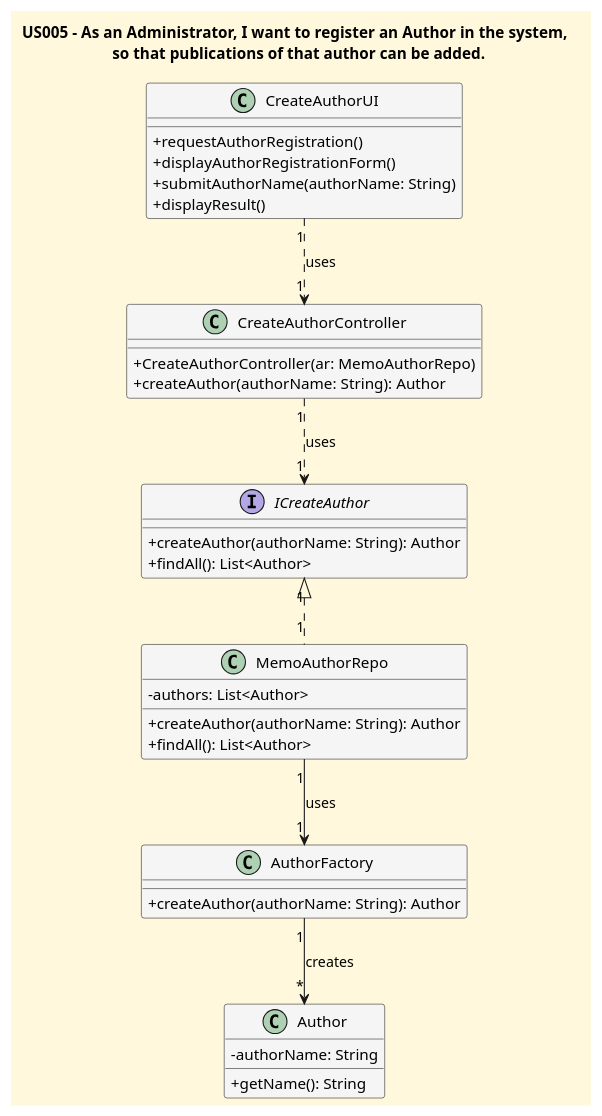
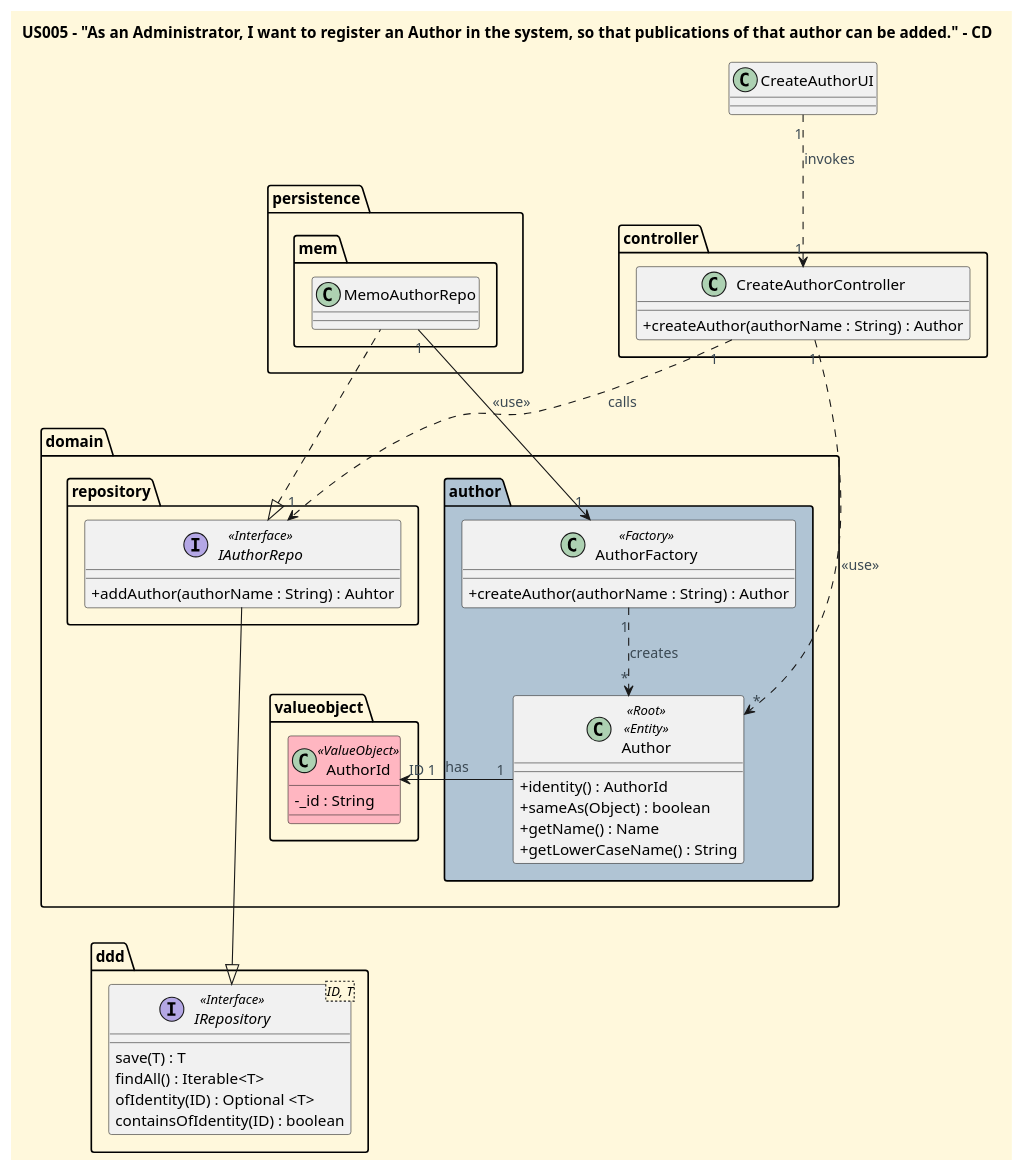
The diagram in docs/user-stories/US005/US005_to_register_an_author_CD.puml (CarolinaLeite-collab/JavaMarketplacePlatform), drawn with PlantUML before and after one commit. The commit also changed 1 other file, not shown here.

Commit message:
docs: updated US005 CD and SD Diagrams to comply with DDD refactor -  refs #522

```diff
--- a/docs/user-stories/US005/US005_to_register_an_author_CD.puml
+++ b/docs/user-stories/US005/US005_to_register_an_author_CD.puml
@@ -1,57 +1,115 @@
 @startuml
-title US005 - As an Administrator, I want to register an Author in the system, \n so that publications of that author can be added.
 
+'==== Title ====
+title US005 - "As an Administrator, I want to register an Author in the system, so that publications of that author can be added." - CD
+top to bottom direction
+
+
+'==== basic style ====
 skinparam monochrome false
 skinparam shadowing false
 skinparam defaultFontName Futura
+skinparam objectFontSize 20
 skinparam backgroundColor CornSilk
-skinparam classBackgroundColor WhiteSmoke
+skinparam objectBackgroundColor WhiteSmoke
+skinparam noteBackgroundColor #FFFFE0
+skinparam ArrowFontColor #3B4953
+skinparam ActivationBackgroundColor black
 skinparam classAttributeIconSize 0
 
 
+' ===== Domain =====
 class CreateAuthorUI {
-  +requestAuthorRegistration()
-  +displayAuthorRegistrationForm()
-  +submitAuthorName(authorName: String)
-  +displayResult()
 }
 
-class CreateAuthorController {
-  +CreateAuthorController(ar: MemoAuthorRepo)
-  +createAuthor(authorName: String): Author
+package "controller" {
+
+    class CreateAuthorController {
+        +createAuthor(authorName : String) : Author
+
+    }
+
 }
 
-interface ICreateAuthor{
-  +createAuthor(authorName: String): Author
-/'  +existsByName(name: String): boolean'/
-  +findAll(): List<Author>
+package "persistence" {
+
+    package "mem" {
+
+        class MemoAuthorRepo {
+
+        }
+
+    }
+
 }
 
-/'note right of CreateAuthorController
-Validates authorName (null/blank)
-Trims before delegating to MemoAuthorRepo
-end note'/
+package "domain" {
 
-class MemoAuthorRepo {
-  -authors: List<Author>
-  +createAuthor(authorName: String): Author
-/'  +existsByName(name: String): boolean'/
-  +findAll(): List<Author>
+    package "repository" {
+
+        interface IAuthorRepo <<Interface>> {
+        + addAuthor(authorName : String) : Auhtor
+
+        }
+
+    }
+
+    package author #b0c4d4 {
+
+        class Author <<Root>> <<Entity>>{
+
+            +identity() : AuthorId
+            +sameAs(Object) : boolean
+            +getName() : Name
+            +getLowerCaseName() : String
+
+        }
+
+        class AuthorFactory <<Factory>> {
+            +createAuthor(authorName : String) : Author
+        }
+
+    }
+
+    Package "valueobject"  {
+
+        '== Value Objects (Ids) ==
+        class AuthorId <<ValueObject>> #LightPink {
+        -_id : String
+
+        }
+
+    }
+
 }
 
-class AuthorFactory {
-  +createAuthor(authorName: String): Author
+Package "ddd" {
+
+    interface IRepository<ID, T> <<Interface>> {
+    save(T) : T
+    findAll() : Iterable<T>
+    ofIdentity(ID) : Optional <T>
+    containsOfIdentity(ID) : boolean
+    }
+
 }
 
-class Author {
-  -authorName: String
-  +getName(): String
-}
 
-CreateAuthorUI "1"..>"1" CreateAuthorController : uses
-CreateAuthorController "1"..>"1" ICreateAuthor : uses
-ICreateAuthor "1"<|.. "1" MemoAuthorRepo
-MemoAuthorRepo "1" --> "1" AuthorFactory : uses
-AuthorFactory "1"-->"*" Author : creates
+'==== Interactions ====
+
+CreateAuthorUI "1" ..> "1" CreateAuthorController : invokes
+
+CreateAuthorController "1" ..> "1" IAuthorRepo : calls
+CreateAuthorController "1" .> "*" Author : <<use>>
+
+MemoAuthorRepo "1" --> "1" AuthorFactory : <<use>>
+
+AuthorFactory "1" ..> "*" Author : creates
+
+Author "1" -> "ID 1" AuthorId : has
+
+IAuthorRepo <|.. MemoAuthorRepo
+
+IAuthorRepo ---|> IRepository
 
 @enduml
```
